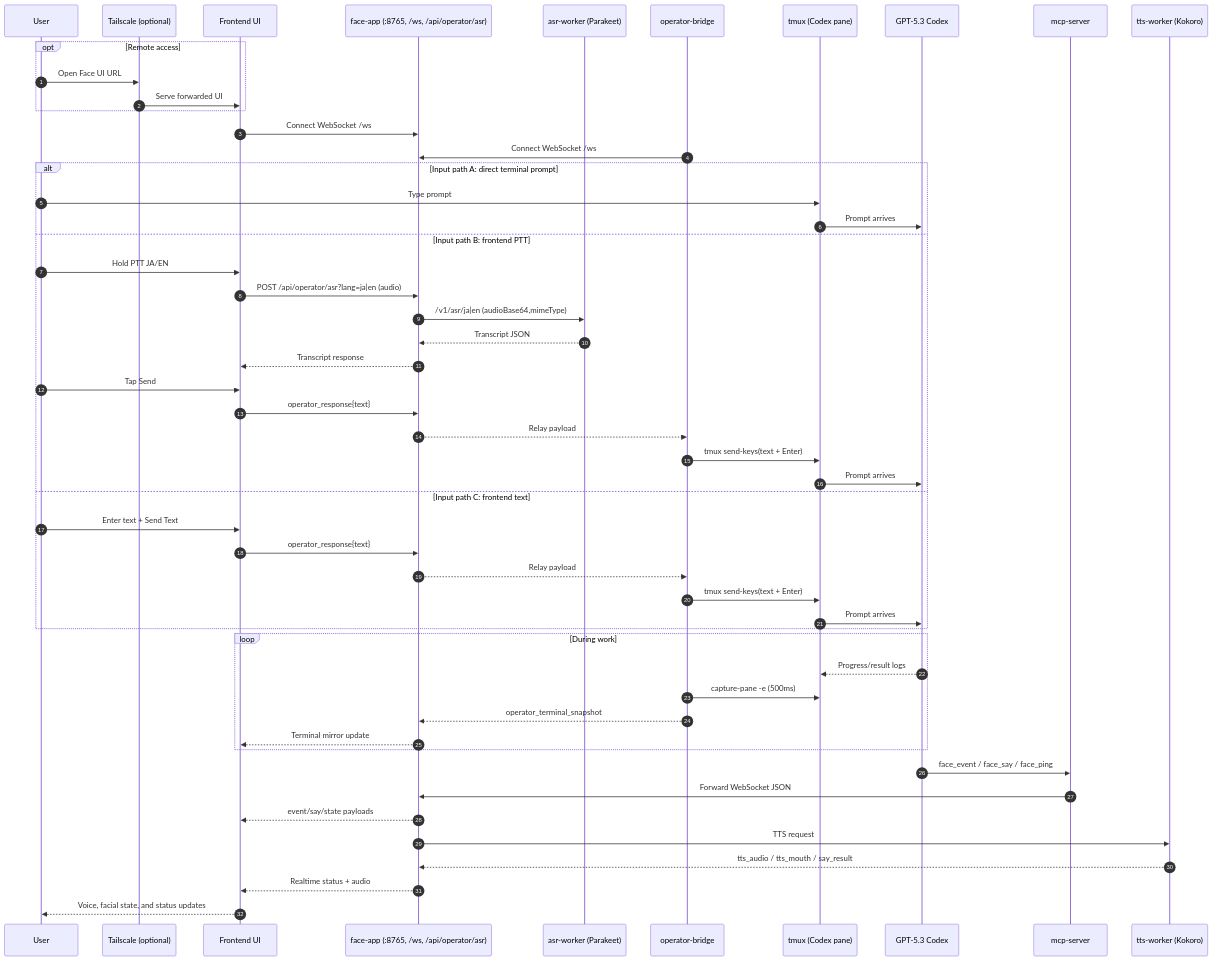
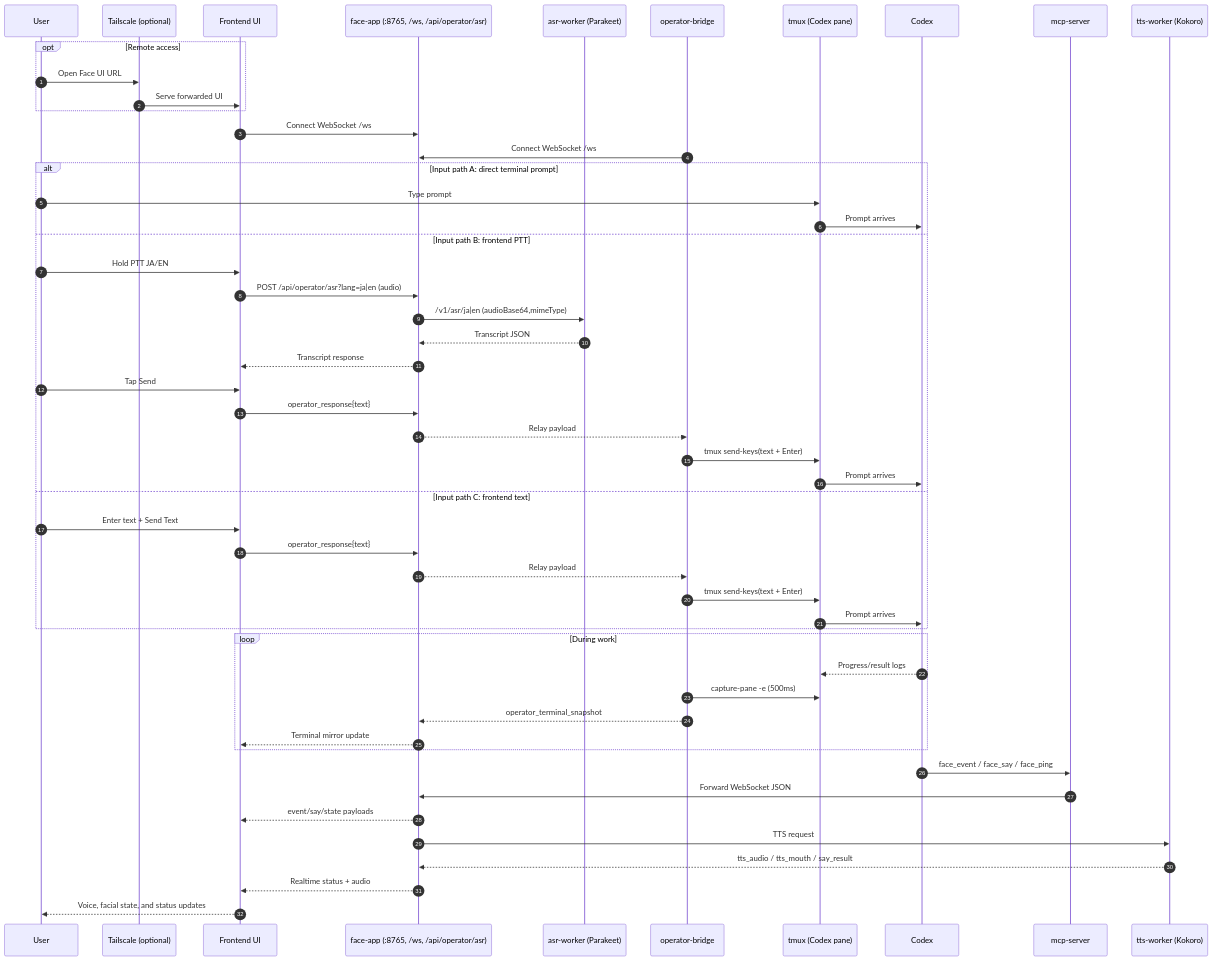
One commit to amariichi/MinimumHeadroom changed the diagram in doc/diagrams/sequence-timeline.mmd. Above: the diagram before and after it, drawn with Mermaid. The commit also changed 39 other files, not shown here.

```diff
--- a/doc/diagrams/sequence-timeline.mmd
+++ b/doc/diagrams/sequence-timeline.mmd
@@ -1,58 +1,58 @@
 sequenceDiagram
   autonumber
   participant U as User
   participant TS as Tailscale (optional)
   participant FE as Frontend UI
   participant FA as face-app (:8765, /ws, /api/operator/asr)
   participant ASR as asr-worker (Parakeet)
   participant BR as operator-bridge
   participant TM as tmux (Codex pane)
-  participant CX as GPT-5.3 Codex
+  participant CX as Codex
   participant MCP as mcp-server
   participant TTS as tts-worker (Kokoro)
 
   opt Remote access
     U->>TS: Open Face UI URL
     TS->>FE: Serve forwarded UI
   end
 
   FE->>FA: Connect WebSocket /ws
   BR->>FA: Connect WebSocket /ws
 
   alt Input path A: direct terminal prompt
     U->>TM: Type prompt
     TM->>CX: Prompt arrives
   else Input path B: frontend PTT
     U->>FE: Hold PTT JA/EN
     FE->>FA: POST /api/operator/asr?lang=ja|en (audio)
     FA->>ASR: /v1/asr/ja|en (audioBase64,mimeType)
     ASR-->>FA: Transcript JSON
     FA-->>FE: Transcript response
     U->>FE: Tap Send
     FE->>FA: operator_response{text}
     FA-->>BR: Relay payload
     BR->>TM: tmux send-keys(text + Enter)
     TM->>CX: Prompt arrives
   else Input path C: frontend text
     U->>FE: Enter text + Send Text
     FE->>FA: operator_response{text}
     FA-->>BR: Relay payload
     BR->>TM: tmux send-keys(text + Enter)
     TM->>CX: Prompt arrives
   end
 
   loop During work
     CX-->>TM: Progress/result logs
     BR->>TM: capture-pane -e (500ms)
     BR-->>FA: operator_terminal_snapshot
     FA-->>FE: Terminal mirror update
   end
 
   CX->>MCP: face_event / face_say / face_ping
   MCP->>FA: Forward WebSocket JSON
   FA-->>FE: event/say/state payloads
 
   FA->>TTS: TTS request
   TTS-->>FA: tts_audio / tts_mouth / say_result
   FA-->>FE: Realtime status + audio
   FE-->>U: Voice, facial state, and status updates
```
